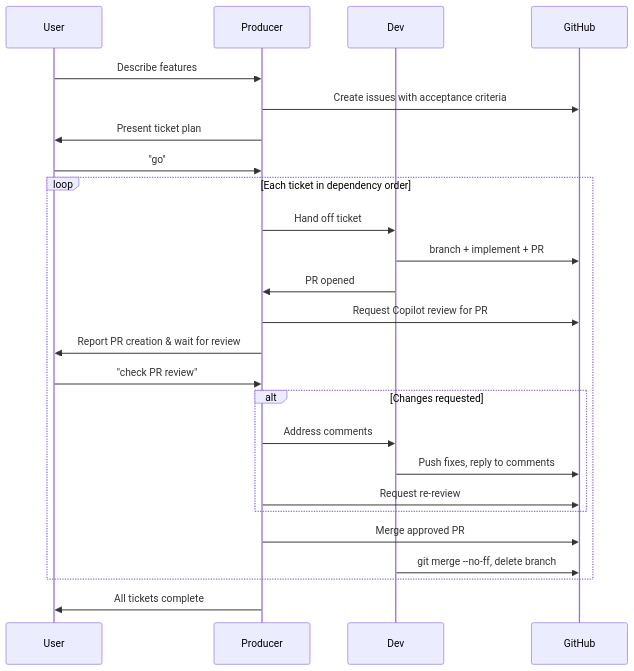
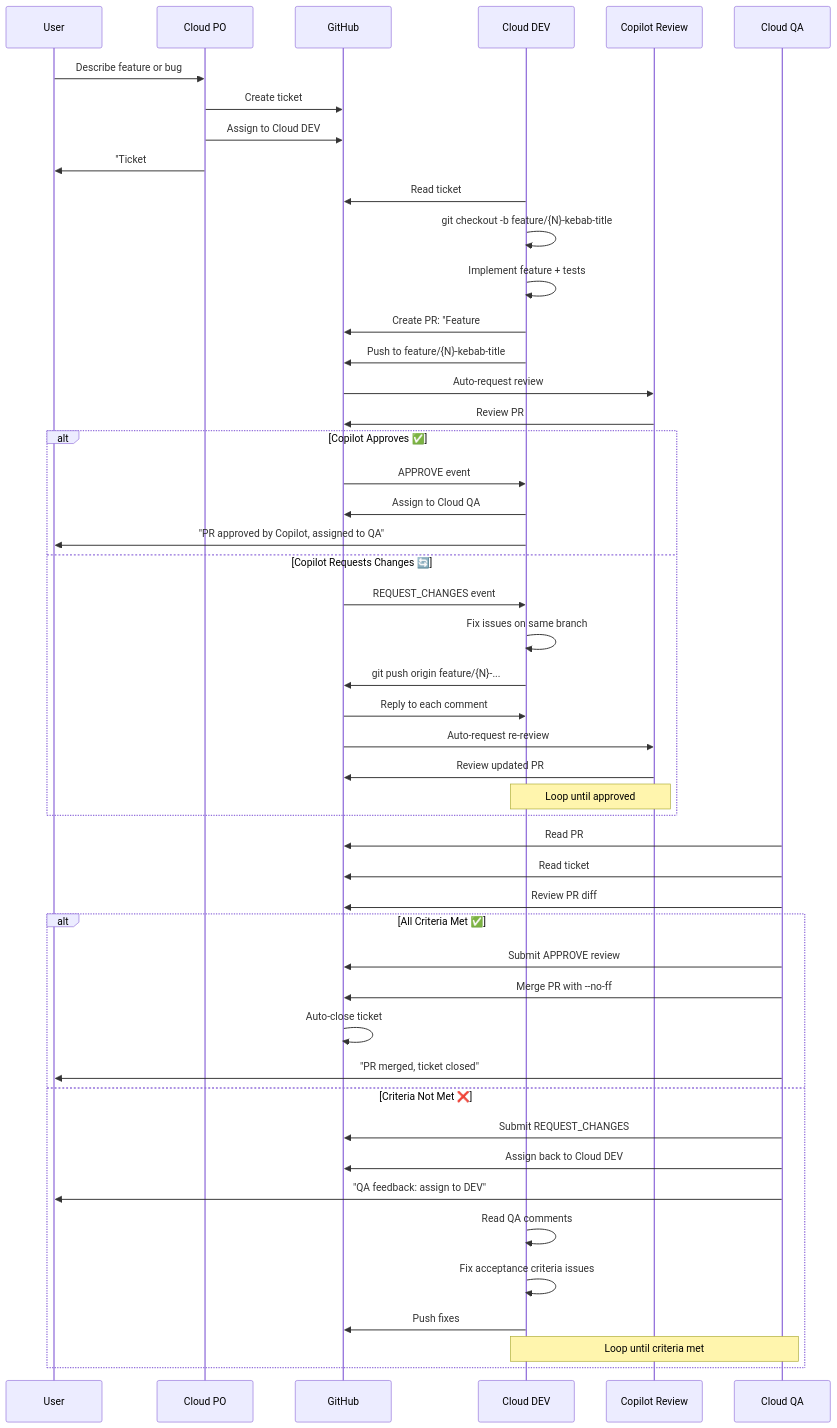
One commit to gersseba/garden changed the first of 7 diagrams in docs/project-documentation/13-ticket-workflow/index.md. Above: the diagram before and after it, drawn with Mermaid. The commit also changed other lines of this file and 7 other files, not shown here.

````diff
--- a/docs/project-documentation/13-ticket-workflow/index.md
+++ b/docs/project-documentation/13-ticket-workflow/index.md
@@ -50,34 +13,56 @@
 ```mermaid
 sequenceDiagram
     participant User
-    participant Producer
-    participant Dev
+    participant PO as Cloud PO
     participant GitHub
+    participant DEV as Cloud DEV
+    participant Copilot as Copilot Review
+    participant QA as Cloud QA
 
-    User->>Producer: Describe features
-    Producer->>GitHub: Create issues with acceptance criteria
-    Producer->>User: Present ticket plan
-    User->>Producer: "go"
+    User->>PO: Describe feature or bug
+    PO->>GitHub: Create ticket #{N}<br/>with acceptance criteria
+    PO->>GitHub: Assign to Cloud DEV
+    PO->>User: "Ticket #{N} created and assigned"
 
-    loop Each ticket in dependency order
-        Producer->>Dev: Hand off ticket #{N}
-        Dev->>GitHub: branch + implement + PR
-        Dev->>Producer: PR opened
-        
-        Producer->>GitHub: Request Copilot review for PR #{N}
-        Producer->>User: Report PR creation & wait for review
-        
-        User->>Producer: "check PR review"
+    DEV->>GitHub: Read ticket #{N}
+    DEV->>DEV: git checkout -b feature/{N}-kebab-title
+    DEV->>DEV: Implement feature + tests
+    DEV->>GitHub: Create PR: "Feature #{N} <Description>"
+    DEV->>GitHub: Push to feature/{N}-kebab-title
 
-        alt Changes requested
-            Producer->>Dev: Address comments
-            Dev->>GitHub: Push fixes, reply to comments
-            Producer->>GitHub: Request re-review
-        end
+    GitHub->>Copilot: Auto-request review
+    Copilot->>GitHub: Review PR
 
-        Producer->>GitHub: Merge approved PR
-        Dev->>GitHub: git merge --no-ff, delete branch
+    alt Copilot Approves ✅
+        GitHub->>DEV: APPROVE event
+        DEV->>GitHub: Assign to Cloud QA
+        DEV->>User: "PR approved by Copilot, assigned to QA"
+    else Copilot Requests Changes 🔄
+        GitHub->>DEV: REQUEST_CHANGES event
+        DEV->>DEV: Fix issues on same branch
+        DEV->>GitHub: git push origin feature/{N}-...
+        GitHub->>DEV: Reply to each comment
+        GitHub->>Copilot: Auto-request re-review
+        Copilot->>GitHub: Review updated PR
+        Note over DEV,Copilot: Loop until approved
     end
 
-    Producer->>User: All tickets complete
+    QA->>GitHub: Read PR #{N}
+    QA->>GitHub: Read ticket #{N}
+    QA->>GitHub: Review PR diff
+
+    alt All Criteria Met ✅
+        QA->>GitHub: Submit APPROVE review
+        QA->>GitHub: Merge PR with --no-ff
+        GitHub->>GitHub: Auto-close ticket #{N}<br/>(via "Fixes #{N}")
+        QA->>User: "PR merged, ticket closed"
+    else Criteria Not Met ❌
+        QA->>GitHub: Submit REQUEST_CHANGES
+        QA->>GitHub: Assign back to Cloud DEV
+        QA->>User: "QA feedback: assign to DEV"
+        DEV->>DEV: Read QA comments
+        DEV->>DEV: Fix acceptance criteria issues
+        DEV->>GitHub: Push fixes
+        Note over QA,DEV: Loop until criteria met
+    end
 ```
````
